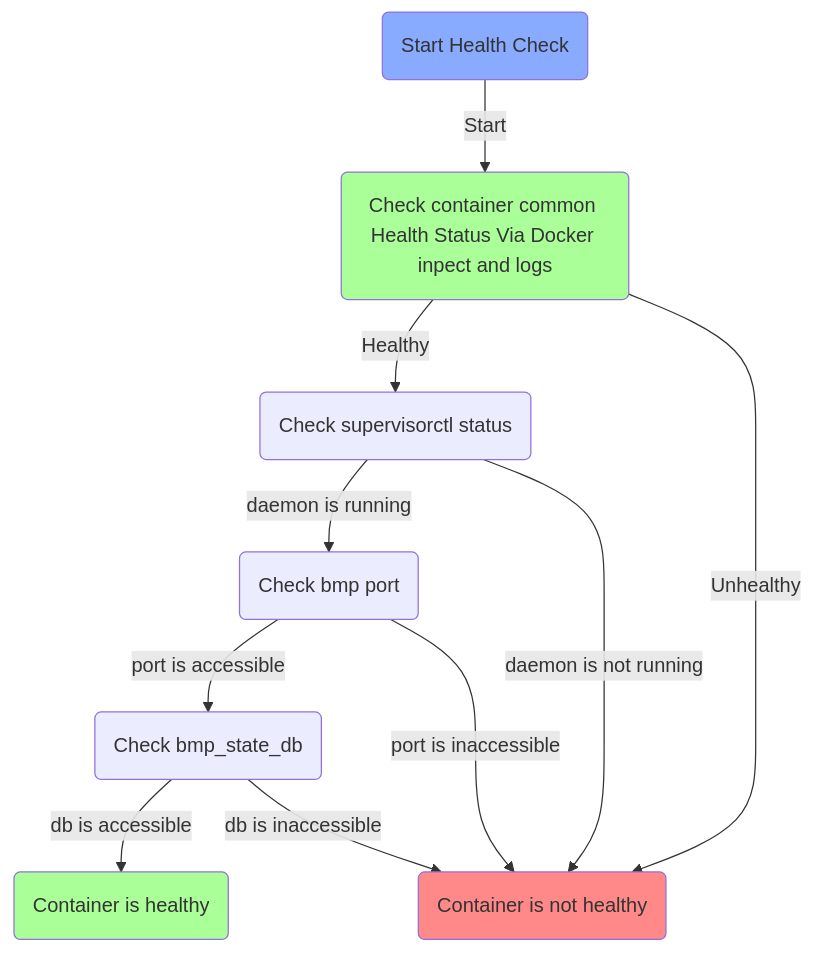
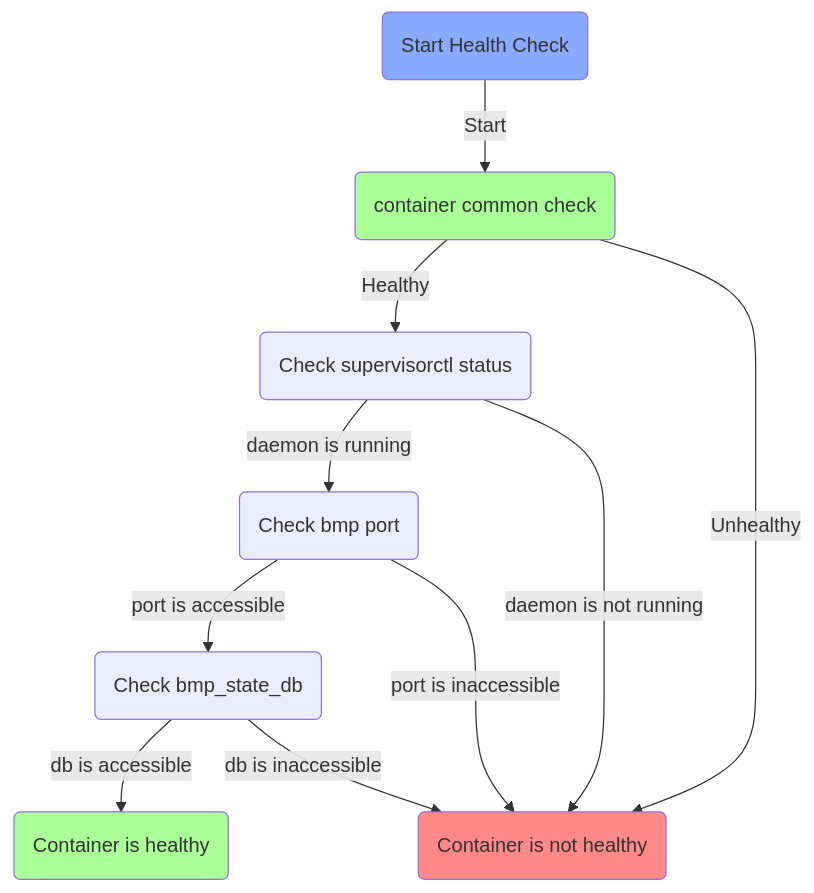
One commit to FengPan-Frank/mermaid changed the diagram in bmp_wd.md. Above: the diagram before and after it, drawn with Mermaid.

````diff
--- a/bmp_wd.md
+++ b/bmp_wd.md
@@ -1,24 +1,25 @@
 ```mermaid
 flowchart
     id_start(Start Health Check)
     style id_start fill:#8AF
-    id_docker(Check container common Health Status Via Docker inpect and logs)
+    id_docker("container common check")  
     style id_docker fill:#AF9
     id_supervisorctl(Check supervisorctl status)
     id_bmp_port(Check bmp port)
     id_bmp_db(Check bmp_state_db)
     id_healthy(Container is healthy)
     style id_healthy fill:#AF9
     id_unhealthy(Container is not healthy)
     style id_unhealthy fill:#F88
 
     id_start-->|Start|id_docker
     id_docker-->|Healthy|id_supervisorctl
     id_docker-->|Unhealthy|id_unhealthy
     id_supervisorctl-->|daemon is running|id_bmp_port
     id_supervisorctl-->|daemon is not running|id_unhealthy
     id_bmp_port-->|port is accessible|id_bmp_db
     id_bmp_port-->|port is inaccessible|id_unhealthy
     id_bmp_db-->|db is accessible|id_healthy
     id_bmp_db-->|db is inaccessible|id_unhealthy
+
 ```
````
